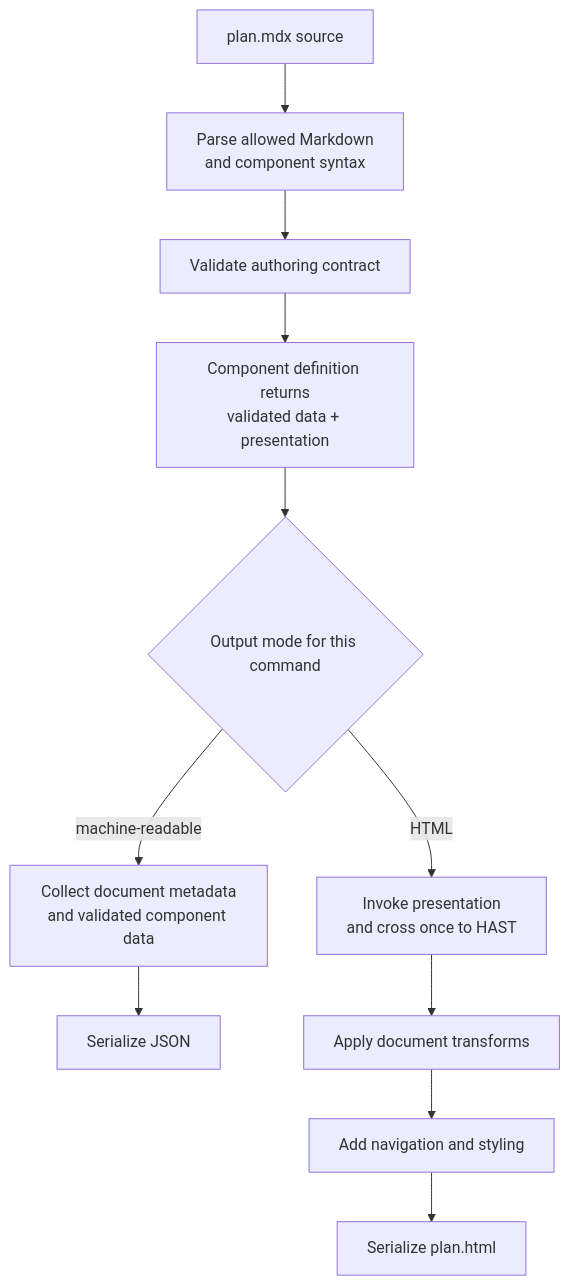
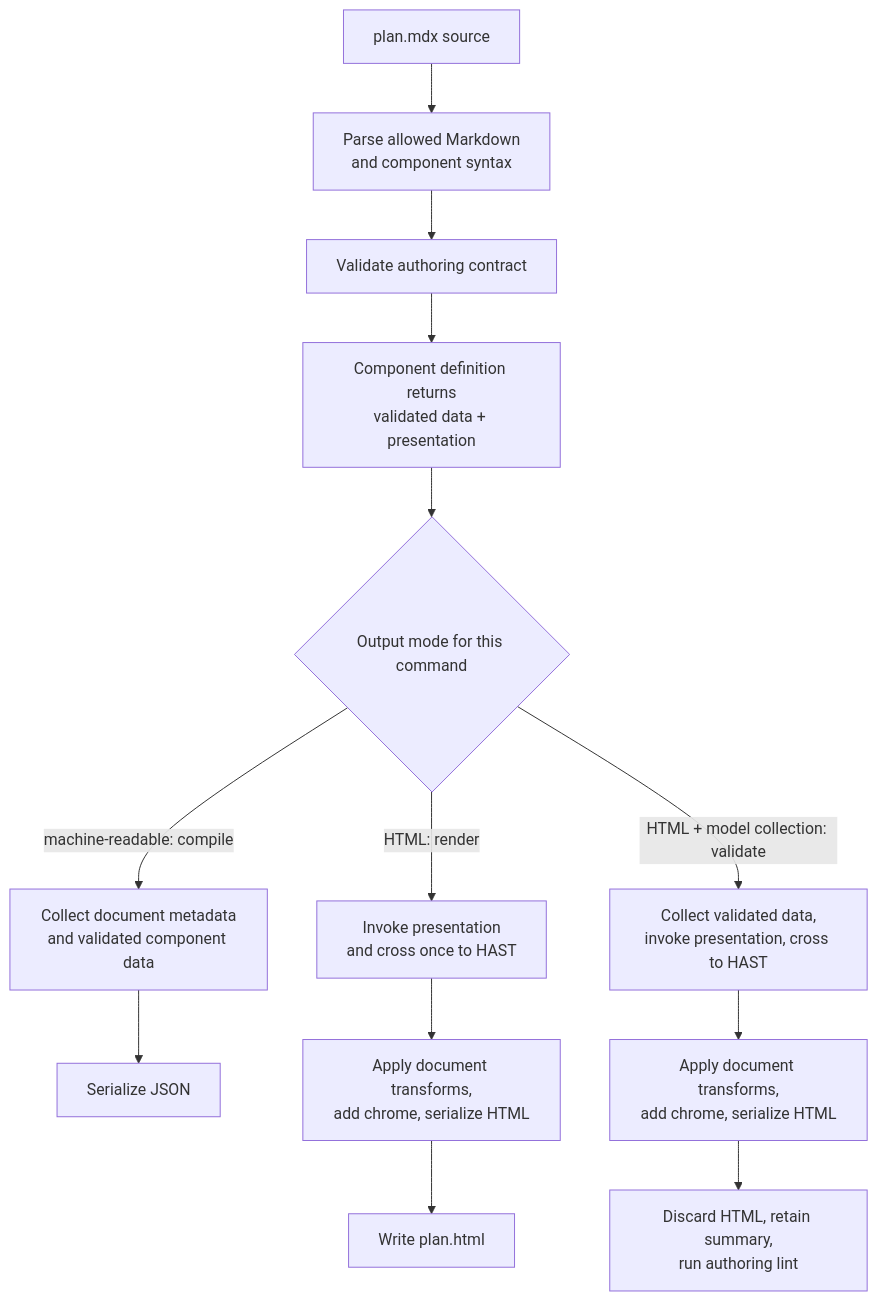
Before and after one commit to josh-padnick/big-plan: the second of 2 diagrams in docs/src/content/docs/architecture.md, drawn with Mermaid. The commit also changed other lines of this file and 1 other file, not shown here.

Commit message:
no-mistakes(document): Document validation architecture and lint boundaries

````diff
--- a/docs/src/content/docs/architecture.md
+++ b/docs/src/content/docs/architecture.md
@@ -65,13 +64,15 @@
 ```mermaid
 flowchart TB
   S["plan.mdx source"] --> P["Parse allowed Markdown<br/>and component syntax"]
   P --> V["Validate authoring contract"]
   V --> C["Component definition returns<br/>validated data + presentation"]
   C --> Q{"Output mode for this command"}
-  Q -- "machine-readable" --> J["Collect document metadata<br/>and validated component data"]
+  Q -- "machine-readable: compile" --> J["Collect document metadata<br/>and validated component data"]
   J --> O["Serialize JSON"]
-  Q -- "HTML" --> R["Invoke presentation<br/>and cross once to HAST"]
-  R --> H["Apply document transforms"]
-  H --> T["Add navigation and styling"]
-  T --> U["Serialize plan.html"]
+  Q -- "HTML: render" --> R["Invoke presentation<br/>and cross once to HAST"]
+  R --> H["Apply document transforms,<br/>add chrome, serialize HTML"]
+  H --> U["Write plan.html"]
+  Q -- "HTML + model collection: validate" --> X["Collect validated data,<br/>invoke presentation, cross to HAST"]
+  X --> Y["Apply document transforms,<br/>add chrome, serialize HTML"]
+  Y --> W["Discard HTML, retain summary,<br/>run authoring lint"]
 ```
````
